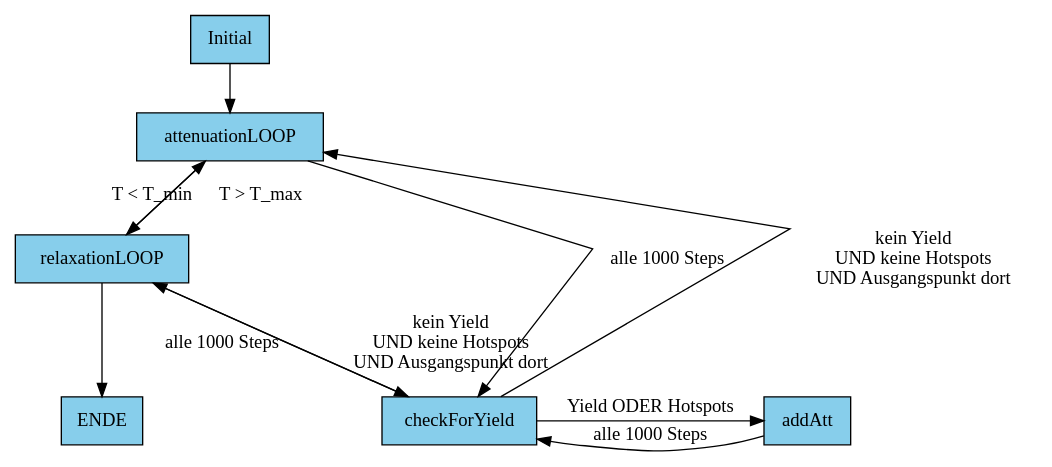
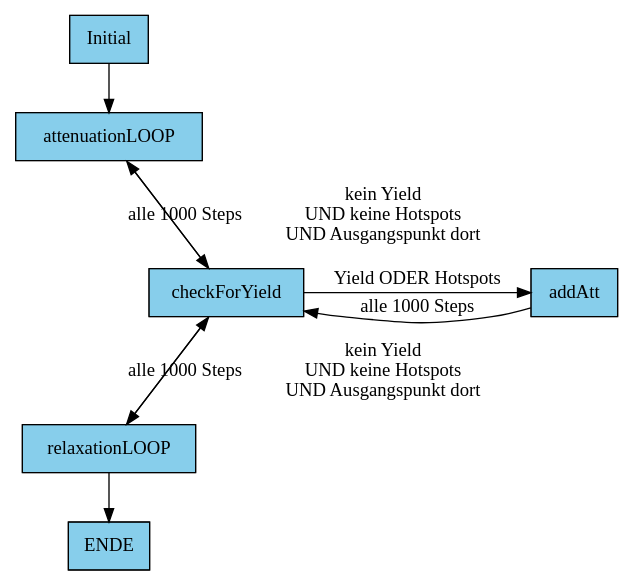
One commit to Gabelvampir/ty-stuff changed the diagram in GraphViz/martin.dot. Above: the diagram before and after it, drawn with Graphviz.

Commit message:
graphviz: got a mostly functioning version of martins test graph

```diff
--- a/GraphViz/martin.dot
+++ b/GraphViz/martin.dot
@@ -1,32 +1,47 @@
 digraph G {
 node [
-  style="filled",
+  style="striped",
   shape=rectangle,
   fillcolor="skyblue"
 ];
 
   initial [label="Initial"]
   attLoop [label="attenuationLOOP"]
   relaxLoop [label="relaxationLOOP"]
   check [label="checkForYield"]
   addAtt [label="addAtt"]
   end [label="ENDE"]
+  
+  help1 [label="", shape="none", style=""]
+  help2 [label="", shape="none", style=""]
+  help3 [label="", shape="none", style=""]
 
   initial -> attLoop
   relaxLoop -> end [weight=5]
   attLoop -> check [label="alle 1000 Steps"]
   relaxLoop -> check [label="alle 1000 Steps"]
   addAtt -> check [label="alle 1000 Steps"]
   check -> attLoop [label="kein Yield\nUND keine Hotspots\nUND Ausgangspunkt dort"]
   check -> addAtt [label="Yield ODER Hotspots"]
   check -> relaxLoop [label="kein Yield\nUND keine Hotspots\nUND Ausgangspunkt dort"]
-  attLoop -> relaxLoop [label="T < T_min", weight=6]
-  relaxLoop -> attLoop [label="T > T_max", weight=6]
+//  attLoop -> relaxLoop [label="T < T_min", weight=6]
+//  relaxLoop -> attLoop [label="T > T_max", weight=6]
+
+  attLoop -> help1 [style="invis"]
+  help1 -> check [style="invis"]
+  relaxLoop -> help1 [style="invis"]
+//  help2 -> check [style="invis"]
+//  end -> help3 [style="invis"]
+//  help3 -> check [style="invis"]
   
   root=initial
   splines=line
   compound=true;
-  {rank=same; check, addAtt}
+  {rank=same help1 check addAtt}
+//  {rank=same attLoop help1}
+//  {rank=same relaxLoop help2}
+//  {rank=same end help3}
   margin=0;
   charset=latin1
+  rankdir=TB
   }
```
